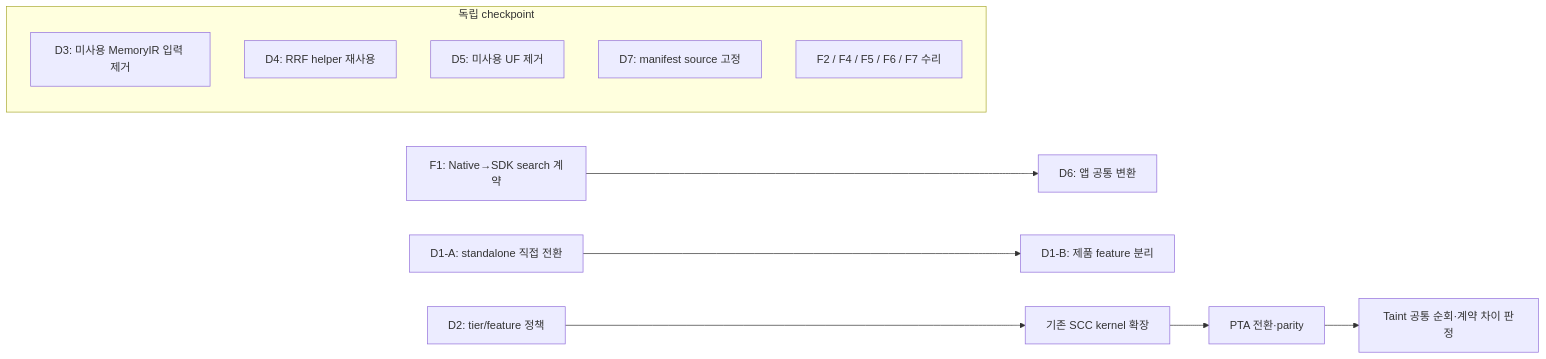
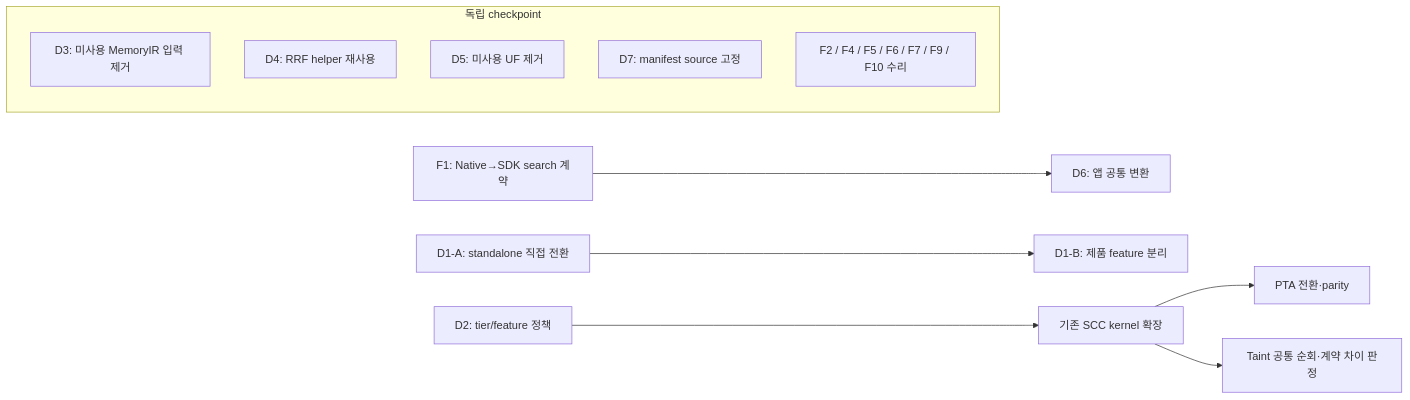
One commit to josongmin/quanta-gqlang-v2 changed the fifth of 7 diagrams in docs/audits/2026-10-06-substrate-ownership-and-usecase-audit.md. Above: the diagram before and after it, drawn with Mermaid. The commit also changed other lines of this file and 2 other files, not shown here.

````diff
--- a/docs/audits/2026-10-06-substrate-ownership-and-usecase-audit.md
+++ b/docs/audits/2026-10-06-substrate-ownership-and-usecase-audit.md
@@ -687,15 +709,15 @@
 ```mermaid
 flowchart LR
     F1["F1: Native→SDK search 계약"] --> D6["D6: 앱 공통 변환"]
     D1A["D1-A: standalone 직접 전환"] --> D1B["D1-B: 제품 feature 분리"]
     D2P["D2: tier/feature 정책"] --> D2K["기존 SCC kernel 확장"]
     D2K --> D2PTA["PTA 전환·parity"]
-    D2PTA --> D2T["Taint 공통 순회·계약 차이 판정"]
+    D2K --> D2T["Taint 공통 순회·계약 차이 판정"]
     subgraph Independent["독립 checkpoint"]
         D3["D3: 미사용 MemoryIR 입력 제거"]
         D4["D4: RRF helper 재사용"]
         D5["D5: 미사용 UF 제거"]
         D7["D7: manifest source 고정"]
-        FX["F2 / F4 / F5 / F6 / F7 수리"]
+        FX["F2 / F4 / F5 / F6 / F7 / F9 / F10 수리"]
     end
 ```
````
